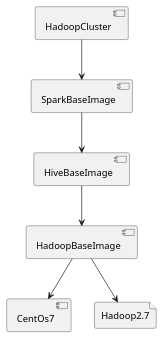
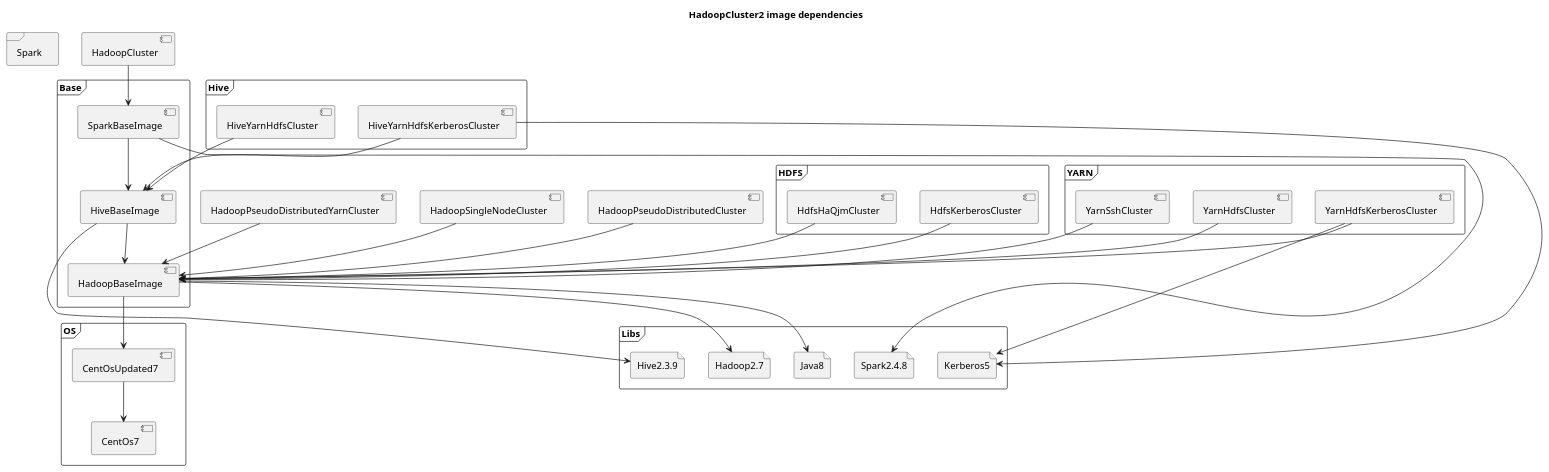
Before and after one commit to Aleks-Ya/yaal_examples: the diagram in Building+/Docker+/DockerImage+/Application+/Hadoop+/Hadoop2+/dependecies.puml, drawn with PlantUML. The commit also changed 9 other files, not shown here.

```diff
--- a/Building+/Docker+/DockerImage+/Application+/Hadoop+/Hadoop2+/dependecies.puml
+++ b/Building+/Docker+/DockerImage+/Application+/Hadoop+/Hadoop2+/dependecies.puml
@@ -1,17 +1,64 @@
 @startuml
 'https://plantuml.com/component-diagram
 
-component CentOs7
-file Hadoop2.7
-component HadoopBaseImage
-component HiveBaseImage
-component SparkBaseImage
+title "HadoopCluster2 image dependencies"
+
+frame OS {
+    component CentOs7
+    component CentOsUpdated7
+}
+frame Libs {
+    file Hadoop2.7
+    file Java8
+    file Hive2.3.9
+    file Spark2.4.8
+    file Kerberos5
+}
+frame Base {
+    component HadoopBaseImage
+    component HiveBaseImage
+    component SparkBaseImage
+    HadoopBaseImage --> CentOsUpdated7
+    HadoopBaseImage --> Hadoop2.7
+    HadoopBaseImage --> Java8
+    HiveBaseImage --> HadoopBaseImage
+    HiveBaseImage --> Hive2.3.9
+}
 component HadoopCluster
+component HadoopPseudoDistributedCluster
+component HadoopPseudoDistributedYarnCluster
+component HadoopSingleNodeCluster
+frame HDFS {
+    component HdfsKerberosCluster
+    component HdfsHaQjmCluster
+    HdfsKerberosCluster --> HadoopBaseImage
+    HdfsHaQjmCluster --> HadoopBaseImage
+}
+frame YARN {
+    component YarnHdfsCluster
+    component YarnHdfsKerberosCluster
+    component YarnSshCluster
+    YarnHdfsCluster --> HadoopBaseImage
+    YarnHdfsKerberosCluster --> HadoopBaseImage
+    YarnHdfsKerberosCluster --> Kerberos5
+    YarnSshCluster --> HadoopBaseImage
+}
+frame Hive {
+    component HiveYarnHdfsCluster
+    component HiveYarnHdfsKerberosCluster
+    HiveYarnHdfsKerberosCluster --> HiveBaseImage
+    HiveYarnHdfsKerberosCluster --> Kerberos5
+    HiveYarnHdfsCluster --> HiveBaseImage
+}
+frame Spark {
+    SparkBaseImage --> HiveBaseImage
+    SparkBaseImage --> Spark2.4.8
+}
 
-HadoopBaseImage --> CentOs7
-HadoopBaseImage --> Hadoop2.7
-HiveBaseImage --> HadoopBaseImage
-SparkBaseImage --> HiveBaseImage
+CentOsUpdated7 --> CentOs7
 HadoopCluster --> SparkBaseImage
+HadoopPseudoDistributedCluster --> HadoopBaseImage
+HadoopPseudoDistributedYarnCluster --> HadoopBaseImage
+HadoopSingleNodeCluster --> HadoopBaseImage
 
 @enduml
```
